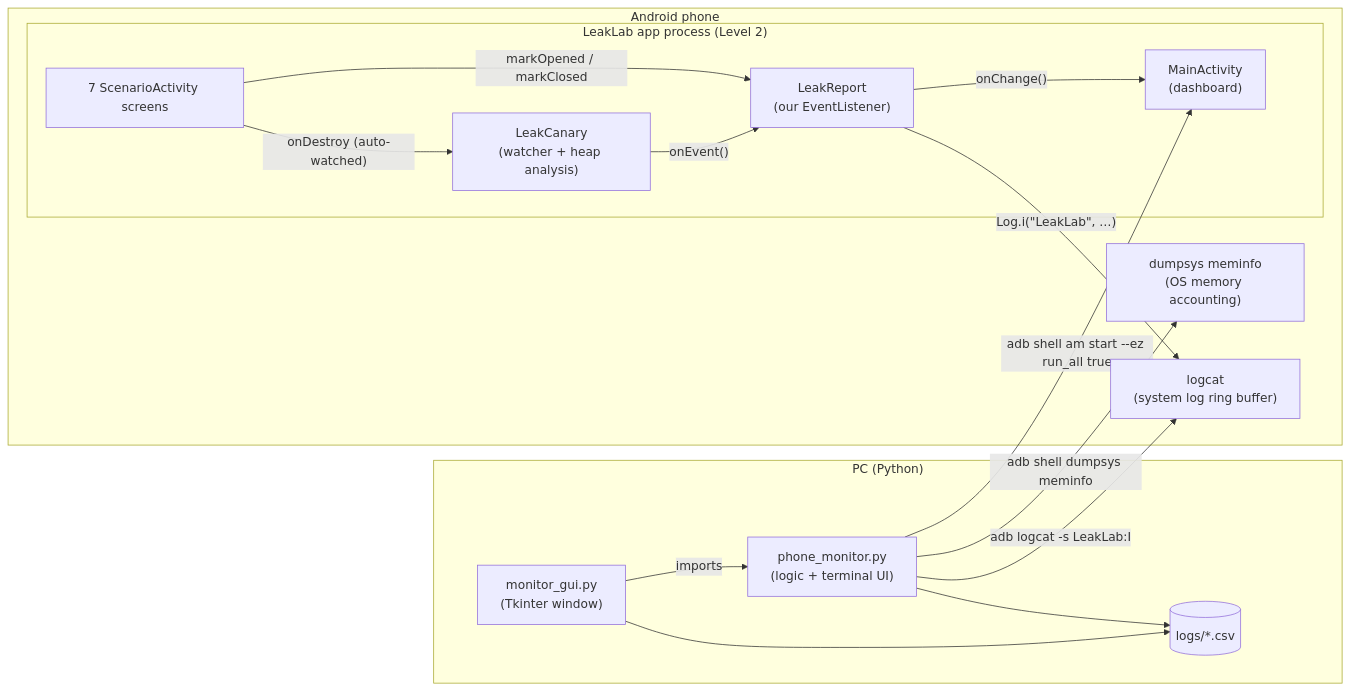
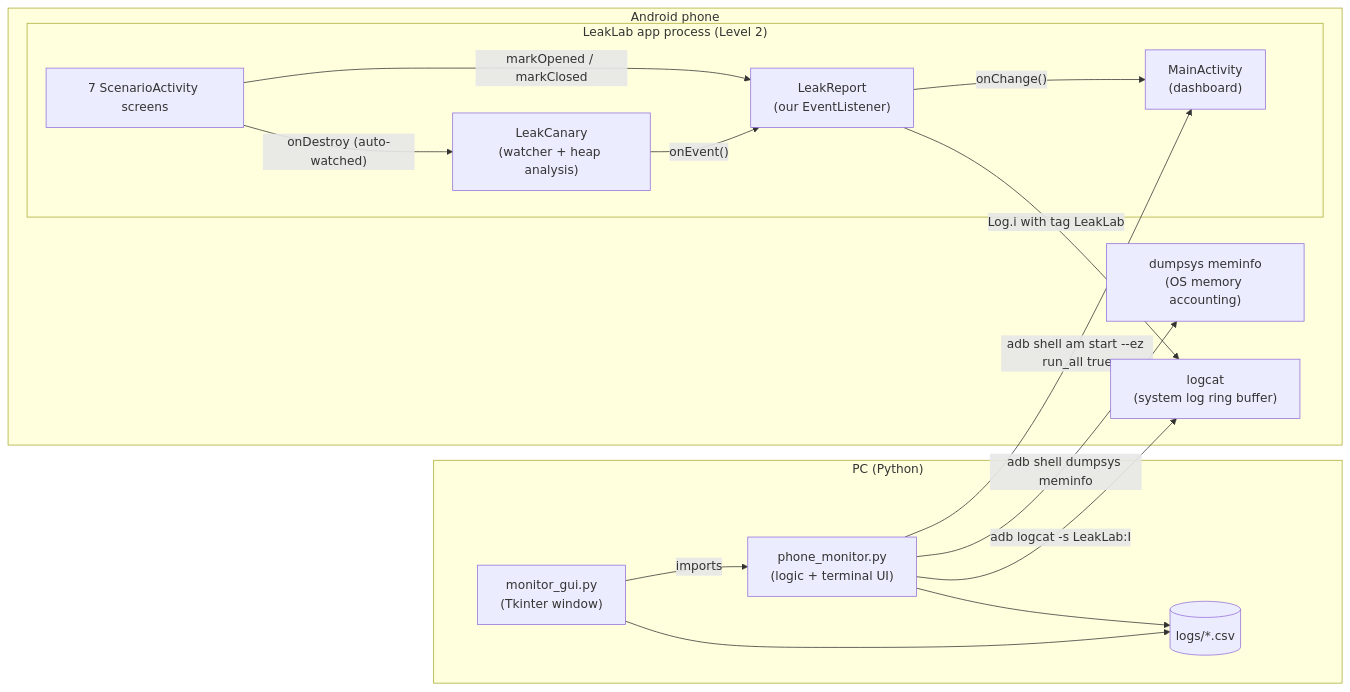
Before and after one commit to Aadeesh-01/LeakLab: the first of 6 diagrams in SYSTEM_DESIGN.md, drawn with Mermaid. The commit also changed other lines of this file and 4 other files, not shown here.

````diff
--- a/SYSTEM_DESIGN.md
+++ b/SYSTEM_DESIGN.md
@@ -43,29 +43,29 @@
 ```mermaid
 flowchart LR
     subgraph Phone["Android phone"]
         subgraph App["LeakLab app process (Level 2)"]
             UI["MainActivity<br/>(dashboard)"]
             SC["7 ScenarioActivity screens"]
             LC["LeakCanary<br/>(watcher + heap analysis)"]
             LR["LeakReport<br/>(our EventListener)"]
-            SC -- "markOpened / markClosed" --> LR
-            SC -- "onDestroy (auto-watched)" --> LC
-            LC -- "onEvent()" --> LR
-            LR -- "onChange()" --> UI
+            SC -->|"markOpened / markClosed"| LR
+            SC -->|"onDestroy (auto-watched)"| LC
+            LC -->|"onEvent()"| LR
+            LR -->|"onChange()"| UI
         end
         DS["dumpsys meminfo<br/>(OS memory accounting)"]
         LOG["logcat<br/>(system log ring buffer)"]
-        LR -- "Log.i(&quot;LeakLab&quot;, …)" --> LOG
+        LR -->|"Log.i with tag LeakLab"| LOG
     end
     subgraph PC["PC (Python)"]
         PM["phone_monitor.py<br/>(logic + terminal UI)"]
         GUI["monitor_gui.py<br/>(Tkinter window)"]
         CSV[("logs/*.csv")]
-        GUI -- "imports" --> PM
+        GUI -->|"imports"| PM
         PM --> CSV
         GUI --> CSV
     end
-    PM -- "adb shell dumpsys meminfo" --> DS
-    PM -- "adb logcat -s LeakLab:I" --> LOG
-    PM -- "adb shell am start --ez run_all true" --> UI
+    PM -->|"adb shell dumpsys meminfo"| DS
+    PM -->|"adb logcat -s LeakLab:I"| LOG
+    PM -->|"adb shell am start --ez run_all true"| UI
 ```
````
